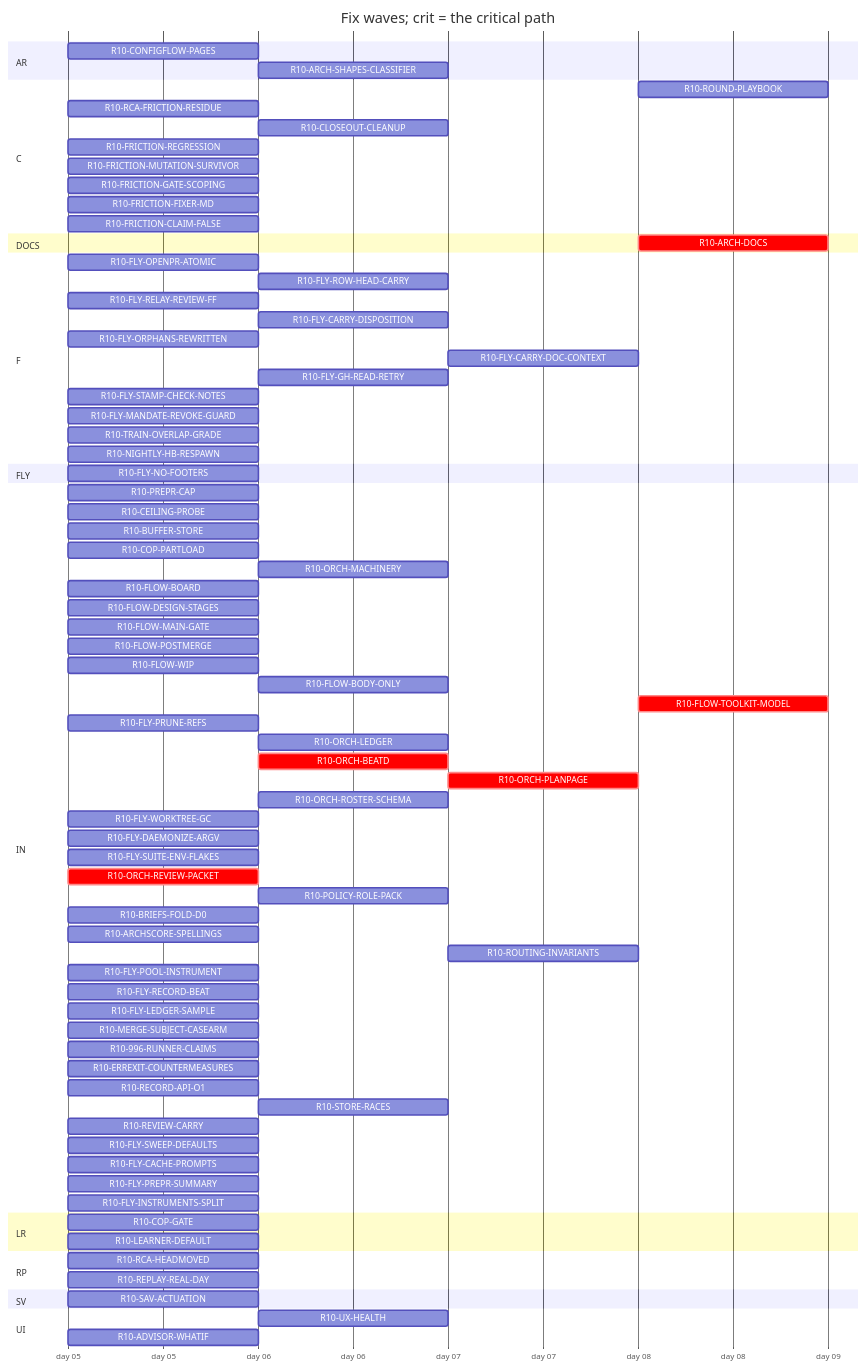
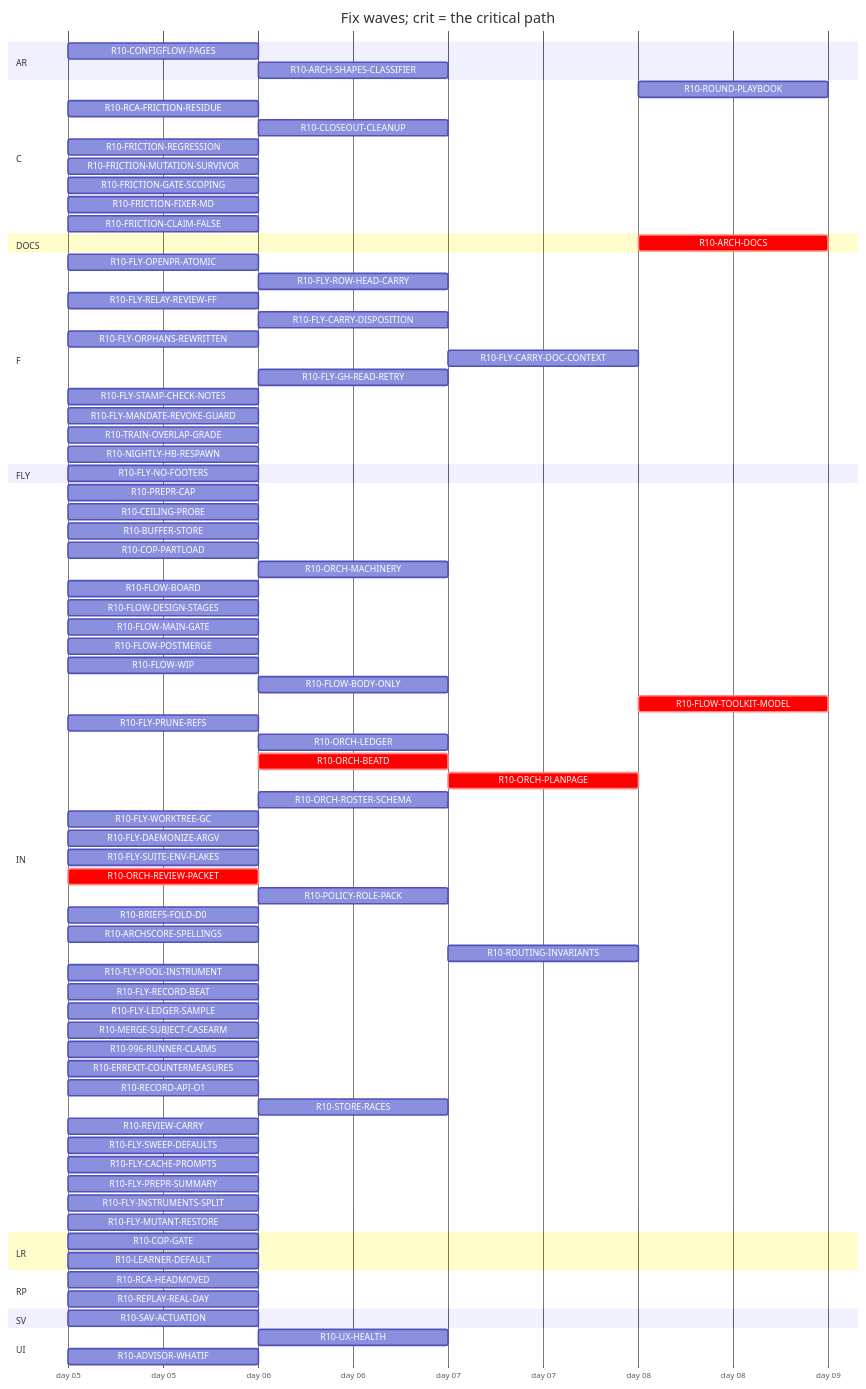
The diagram in handoff/round10/state/PLAN-TABLE.md (tvofi/heatpump_optimizer), drawn with Mermaid before and after one commit. The commit also changed other lines of this file and 3 other files, not shown here.

Commit message:
state: FLOW-BOARD.md, NEXT-SESSION-PROMPT.md, PLAN-TABLE.md, RESUME-CURRENT.md regenerated (state_docs.py)

```diff
--- a/handoff/round10/state/PLAN-TABLE.md
+++ b/handoff/round10/state/PLAN-TABLE.md
@@ -92,6 +92,7 @@
     R10-FLY-CACHE-PROMPTS :r10FLYCACHEPROMPTS, 2026-01-05, 1d
     R10-FLY-PREPR-SUMMARY :r10FLYPREPRSUMMARY, 2026-01-05, 1d
     R10-FLY-INSTRUMENTS-SPLIT :r10FLYINSTRUMENTSSPLIT, 2026-01-05, 1d
+    R10-FLY-MUTANT-RESTORE :r10FLYMUTANTRESTORE, 2026-01-05, 1d
   section LR
     R10-COP-GATE :r10COPGATE, 2026-01-05, 1d
     R10-LEARNER-DEFAULT :r10LEARNERDEFAULT, 2026-01-05, 1d
```
